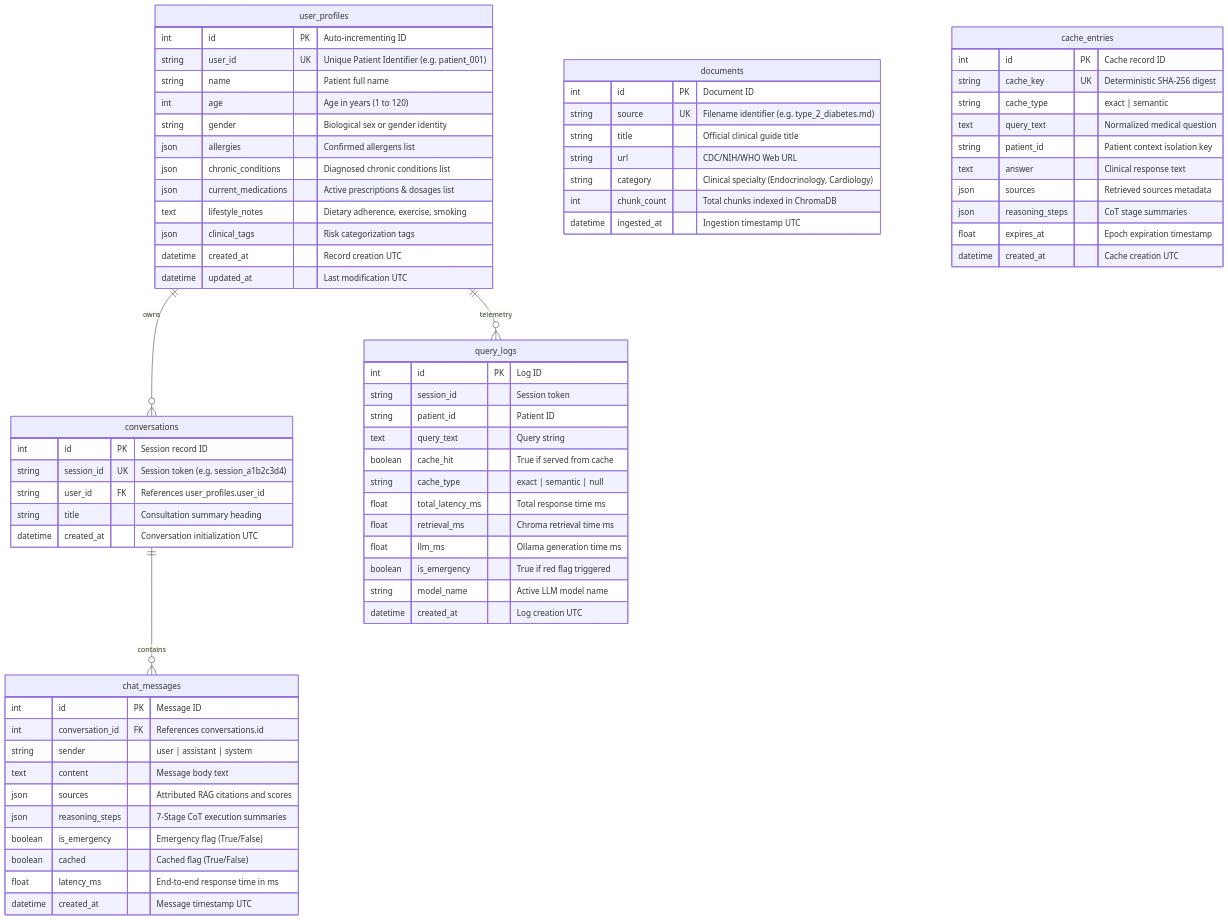
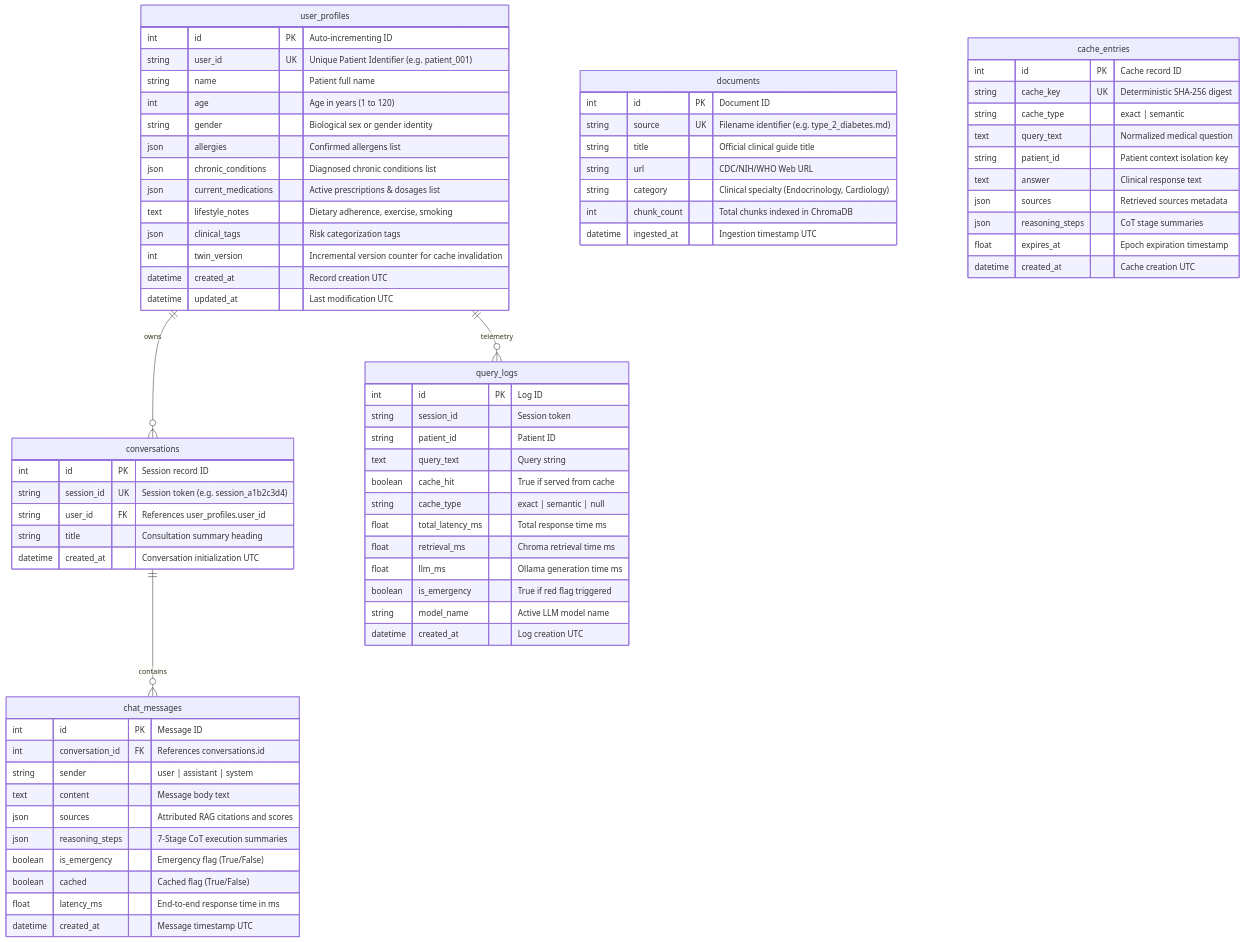
Before and after one commit to DG-Modi/MedTwin-AI: the diagram in docs/db_design.md, drawn with Mermaid. The commit also changed 32 other files, not shown here.

````diff
--- a/docs/db_design.md
+++ b/docs/db_design.md
@@ -6,80 +6,81 @@
 ```mermaid
 erDiagram
     user_profiles ||--o{ conversations : "owns"
     conversations ||--o{ chat_messages : "contains"
     user_profiles ||--o{ query_logs : "telemetry"
 
     user_profiles {
         int id PK "Auto-incrementing ID"
         string user_id UK "Unique Patient Identifier (e.g. patient_001)"
         string name "Patient full name"
         int age "Age in years (1 to 120)"
         string gender "Biological sex or gender identity"
         json allergies "Confirmed allergens list"
         json chronic_conditions "Diagnosed chronic conditions list"
         json current_medications "Active prescriptions & dosages list"
         text lifestyle_notes "Dietary adherence, exercise, smoking"
         json clinical_tags "Risk categorization tags"
+        int twin_version "Incremental version counter for cache invalidation"
         datetime created_at "Record creation UTC"
         datetime updated_at "Last modification UTC"
     }
 
     conversations {
         int id PK "Session record ID"
         string session_id UK "Session token (e.g. session_a1b2c3d4)"
         string user_id FK "References user_profiles.user_id"
         string title "Consultation summary heading"
         datetime created_at "Conversation initialization UTC"
     }
 
     chat_messages {
         int id PK "Message ID"
         int conversation_id FK "References conversations.id"
         string sender "user | assistant | system"
         text content "Message body text"
         json sources "Attributed RAG citations and scores"
         json reasoning_steps "7-Stage CoT execution summaries"
         boolean is_emergency "Emergency flag (True/False)"
         boolean cached "Cached flag (True/False)"
         float latency_ms "End-to-end response time in ms"
         datetime created_at "Message timestamp UTC"
     }
 
     documents {
         int id PK "Document ID"
         string source UK "Filename identifier (e.g. type_2_diabetes.md)"
         string title "Official clinical guide title"
         string url "CDC/NIH/WHO Web URL"
         string category "Clinical specialty (Endocrinology, Cardiology)"
         int chunk_count "Total chunks indexed in ChromaDB"
         datetime ingested_at "Ingestion timestamp UTC"
     }
 
     cache_entries {
         int id PK "Cache record ID"
         string cache_key UK "Deterministic SHA-256 digest"
         string cache_type "exact | semantic"
         text query_text "Normalized medical question"
         string patient_id "Patient context isolation key"
         text answer "Clinical response text"
         json sources "Retrieved sources metadata"
         json reasoning_steps "CoT stage summaries"
         float expires_at "Epoch expiration timestamp"
         datetime created_at "Cache creation UTC"
     }
 
     query_logs {
         int id PK "Log ID"
         string session_id "Session token"
         string patient_id "Patient ID"
         text query_text "Query string"
         boolean cache_hit "True if served from cache"
         string cache_type "exact | semantic | null"
         float total_latency_ms "Total response time ms"
         float retrieval_ms "Chroma retrieval time ms"
         float llm_ms "Ollama generation time ms"
         boolean is_emergency "True if red flag triggered"
         string model_name "Active LLM model name"
         datetime created_at "Log creation UTC"
     }
 ```
````
